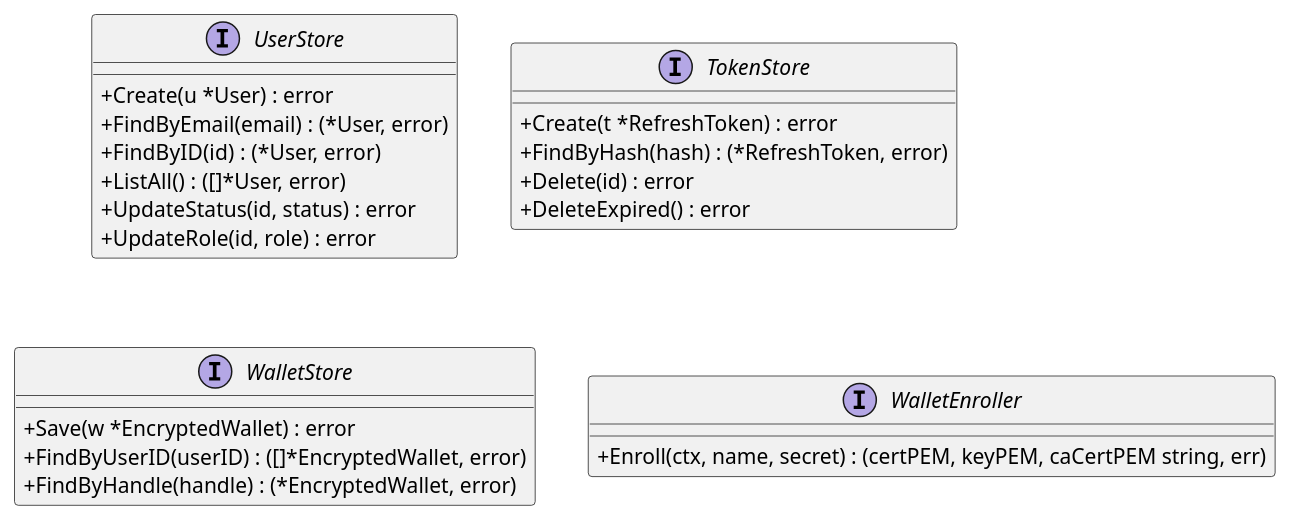
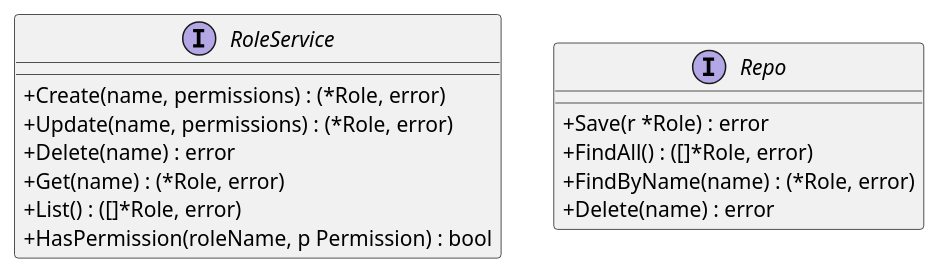
One commit to olivaux/myr changed the fourth of 6 diagrams in specs/3-Conception/DC_D1_Auth_Identity.md. Above: the diagram before and after it, drawn with PlantUML. The commit also changed other lines of this file and 17 other files, not shown here.

````diff
--- a/specs/3-Conception/DC_D1_Auth_Identity.md
+++ b/specs/3-Conception/DC_D1_Auth_Identity.md
@@ -316,30 +265,20 @@
 ```plantuml
 @startuml
 skinparam classAttributeIconSize 0
-interface UserStore {
-  + Create(u *User) : error
-  + FindByEmail(email) : (*User, error)
-  + FindByID(id) : (*User, error)
-  + ListAll() : ([]*User, error)
-  + UpdateStatus(id, status) : error
-  + UpdateRole(id, role) : error
+interface RoleService {
+  + Create(name, permissions) : (*Role, error)
+  + Update(name, permissions) : (*Role, error)
+  + Delete(name) : error
+  + Get(name) : (*Role, error)
+  + List() : ([]*Role, error)
+  + HasPermission(roleName, p Permission) : bool
 }
 
-interface TokenStore {
-  + Create(t *RefreshToken) : error
-  + FindByHash(hash) : (*RefreshToken, error)
-  + Delete(id) : error
-  + DeleteExpired() : error
-}
-
-interface WalletStore {
-  + Save(w *EncryptedWallet) : error
-  + FindByUserID(userID) : ([]*EncryptedWallet, error)
-  + FindByHandle(handle) : (*EncryptedWallet, error)
-}
-
-interface WalletEnroller {
-  + Enroll(ctx, name, secret) : (certPEM, keyPEM, caCertPEM string, err)
+interface Repo {
+  + Save(r *Role) : error
+  + FindAll() : ([]*Role, error)
+  + FindByName(name) : (*Role, error)
+  + Delete(name) : error
 }
 @enduml
 ```
````
